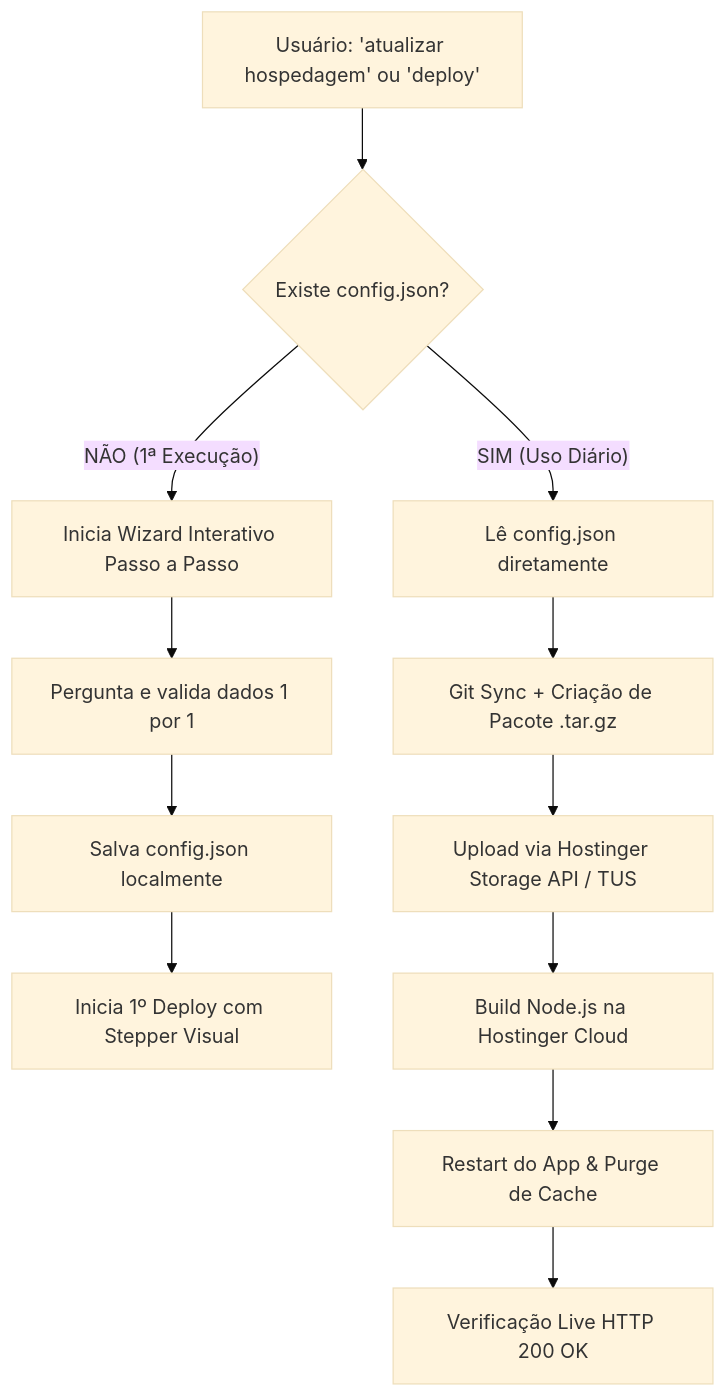
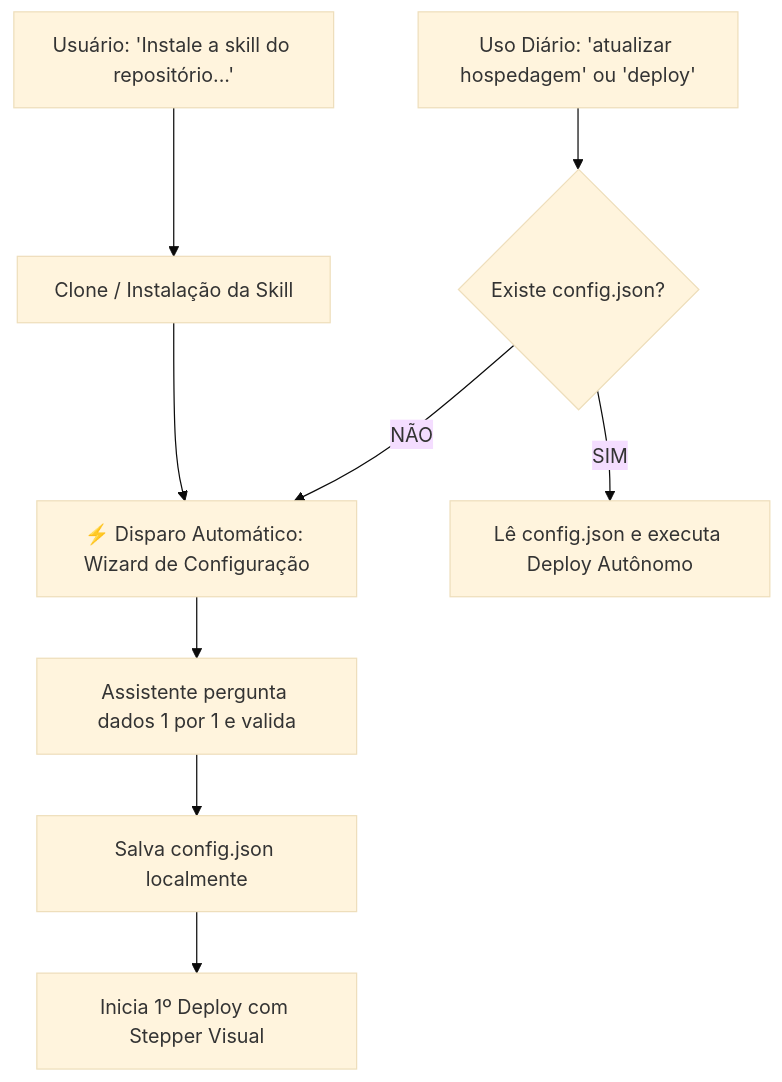
Before and after one commit to cristofermello-dev/skills: the diagram in README.md, drawn with Mermaid (base theme). The commit also changed other lines of this file and 2 other files, not shown here.

Commit message:
feat: adicionar inicializacao automatica do wizard no fim da instalacao

````diff
--- a/README.md
+++ b/README.md
@@ -27,14 +28,11 @@
 ```mermaid
 graph TD
-    A[Usuário: 'atualizar hospedagem' ou 'deploy'] --> B{Existe config.json?}
-    B -- NÃO (1ª Execução) --> C[Inicia Wizard Interativo Passo a Passo]
-    C --> D[Pergunta e valida dados 1 por 1]
+    A[Usuário: 'Instale a skill do repositório...'] --> B[Clone / Instalação da Skill]
+    B --> C[⚡ Disparo Automático: Wizard de Configuração]
+    C --> D[Assistente pergunta dados 1 por 1 e valida]
     D --> E[Salva config.json localmente]
     E --> F[Inicia 1º Deploy com Stepper Visual]
-    B -- SIM (Uso Diário) --> G[Lê config.json diretamente]
-    G --> H[Git Sync + Criação de Pacote .tar.gz]
-    H --> I[Upload via Hostinger Storage API / TUS]
-    I --> J[Build Node.js na Hostinger Cloud]
-    J --> K[Restart do App & Purge de Cache]
-    K --> L[Verificação Live HTTP 200 OK]
+    G[Uso Diário: 'atualizar hospedagem' ou 'deploy'] --> H{Existe config.json?}
+    H -- SIM --> I[Lê config.json e executa Deploy Autônomo]
+    H -- NÃO --> C
 ```
````
